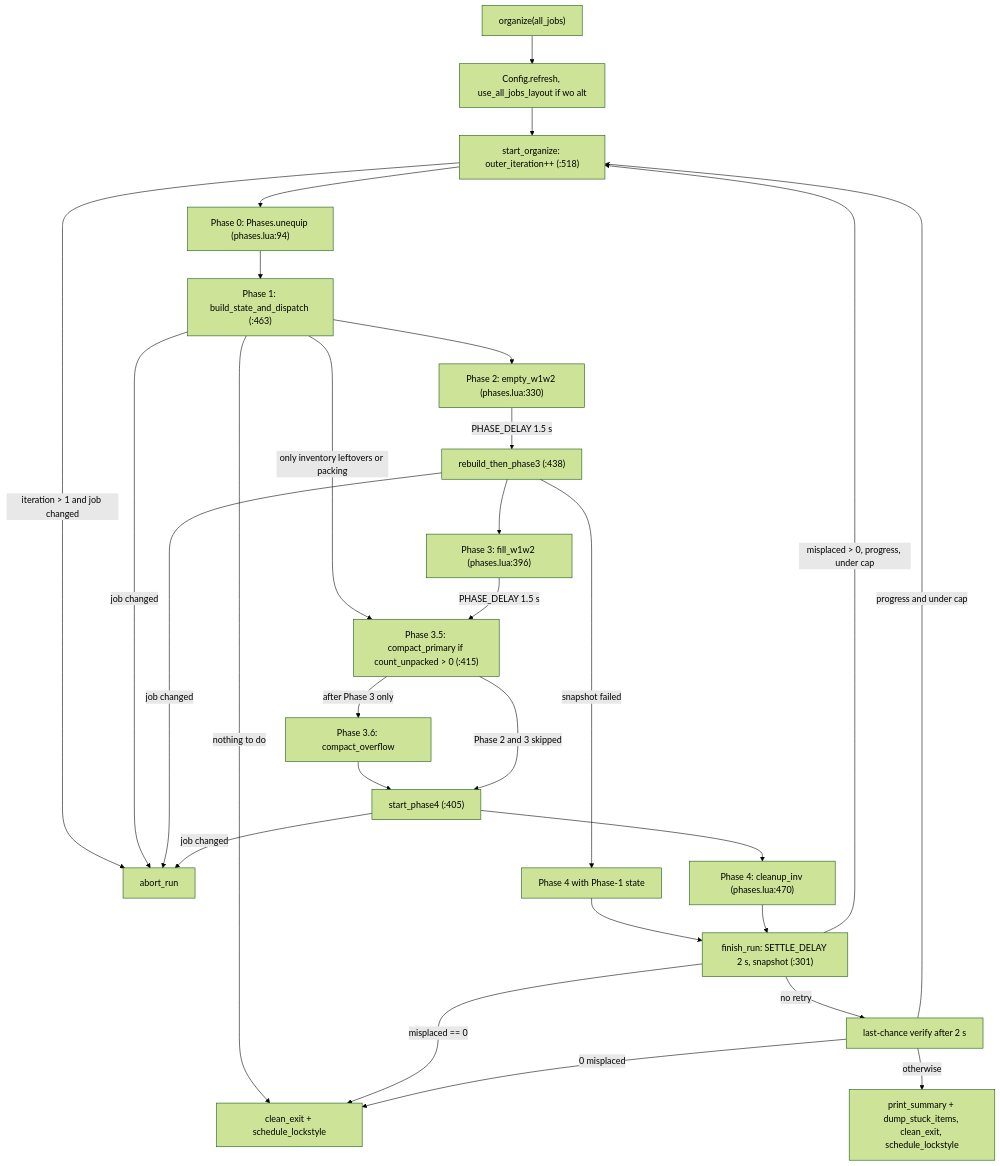
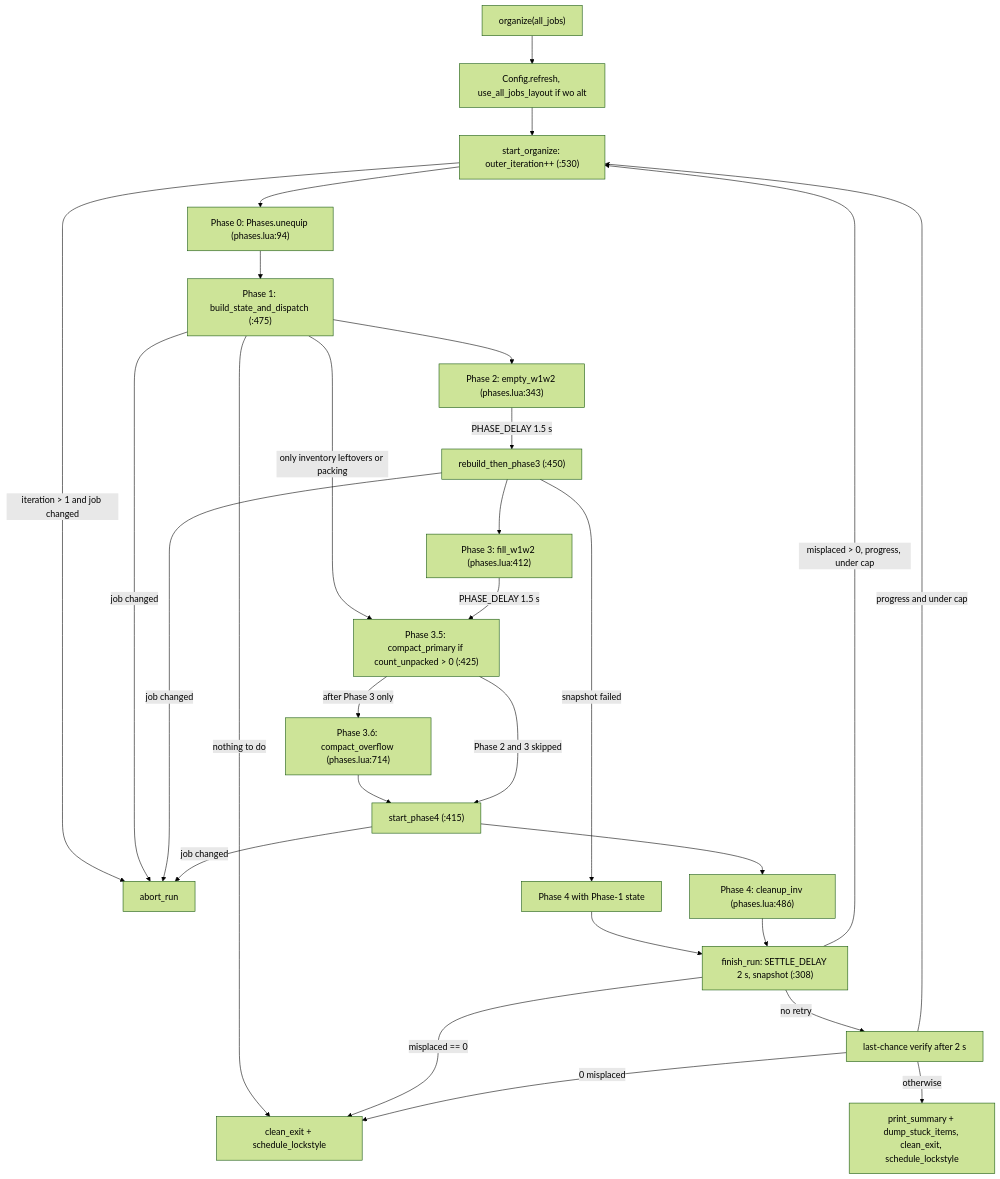
Before and after one commit to ejouanchicot/Gearswap: the first of 2 diagrams in docs/dev/systems/wardrobe-organizer.md, drawn with Mermaid (forest theme). The commit also changed other lines of this file and 83 other files, not shown here.

````diff
--- a/docs/dev/systems/wardrobe-organizer.md
+++ b/docs/dev/systems/wardrobe-organizer.md
@@ -65,30 +65,30 @@
 ```mermaid
 flowchart TD
     A["organize(all_jobs)"] --> RF["Config.refresh, use_all_jobs_layout if wo alt"]
-    RF --> B["start_organize: outer_iteration++ (:518)"]
+    RF --> B["start_organize: outer_iteration++ (:530)"]
     B -->|"iteration > 1 and job changed"| X["abort_run"]
     B --> P0["Phase 0: Phases.unequip (phases.lua:94)"]
-    P0 --> P1["Phase 1: build_state_and_dispatch (:463)"]
+    P0 --> P1["Phase 1: build_state_and_dispatch (:475)"]
     P1 -->|"job changed"| X
     P1 -->|"nothing to do"| OK["clean_exit + schedule_lockstyle"]
     P1 -->|"only inventory leftovers or packing"| P35
-    P1 --> P2["Phase 2: empty_w1w2 (phases.lua:330)"]
-    P2 -->|"PHASE_DELAY 1.5 s"| R["rebuild_then_phase3 (:438)"]
+    P1 --> P2["Phase 2: empty_w1w2 (phases.lua:343)"]
+    P2 -->|"PHASE_DELAY 1.5 s"| R["rebuild_then_phase3 (:450)"]
     R -->|"job changed"| X
     R -->|"snapshot failed"| P4b["Phase 4 with Phase-1 state"]
-    R --> P3["Phase 3: fill_w1w2 (phases.lua:396)"]
-    P3 -->|"PHASE_DELAY 1.5 s"| P35["Phase 3.5: compact_primary if count_unpacked > 0 (:415)"]
-    P35 -->|"after Phase 3 only"| P36["Phase 3.6: compact_overflow"]
-    P36 --> P4["start_phase4 (:405)"]
+    R --> P3["Phase 3: fill_w1w2 (phases.lua:412)"]
+    P3 -->|"PHASE_DELAY 1.5 s"| P35["Phase 3.5: compact_primary if count_unpacked > 0 (:425)"]
+    P35 -->|"after Phase 3 only"| P36["Phase 3.6: compact_overflow (phases.lua:714)"]
+    P36 --> P4["start_phase4 (:415)"]
     P35 -->|"Phase 2 and 3 skipped"| P4
     P4 -->|"job changed"| X
-    P4 --> C4["Phase 4: cleanup_inv (phases.lua:470)"]
+    P4 --> C4["Phase 4: cleanup_inv (phases.lua:486)"]
     P4b --> F
-    C4 --> F["finish_run: SETTLE_DELAY 2 s, snapshot (:301)"]
+    C4 --> F["finish_run: SETTLE_DELAY 2 s, snapshot (:308)"]
     F -->|"misplaced > 0, progress, under cap"| B
     F -->|"misplaced == 0"| OK
     F -->|"no retry"| V["last-chance verify after 2 s"]
     V -->|"0 misplaced"| OK
     V -->|"progress and under cap"| B
     V -->|"otherwise"| S["print_summary + dump_stuck_items, clean_exit, schedule_lockstyle"]
 ```
````
